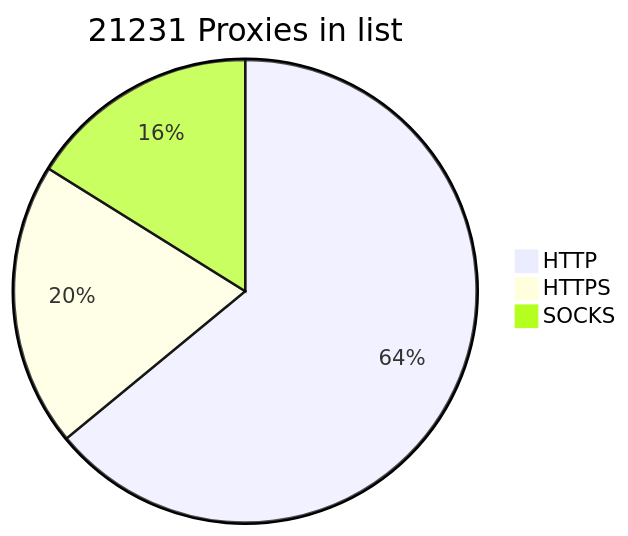
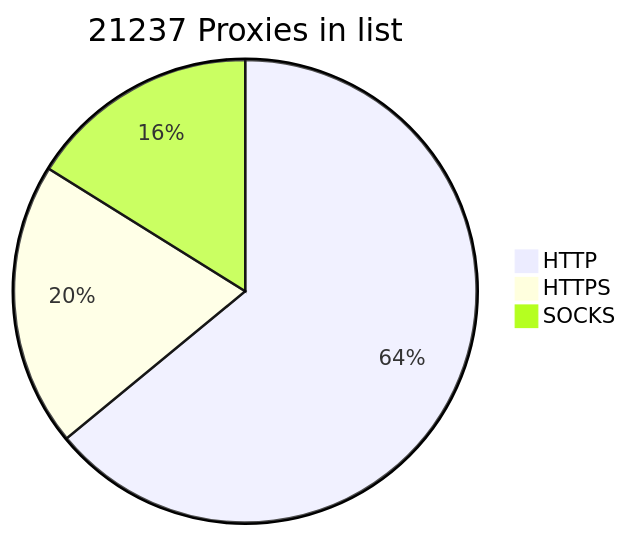
One commit to BlackSnowDot/proxylist-update-every-minute changed the diagram in README.md. Above: the diagram before and after it, drawn with Mermaid.

````diff
--- a/README.md
+++ b/README.md
@@ -2,6 +2,6 @@
 ```mermaid
-pie title 21231 Proxies in list
-    "HTTP" : 15524
-    "HTTPS": 4811
+pie title 21237 Proxies in list
+    "HTTP" : 15528
+    "HTTPS": 4813
     "SOCKS" : 3910
 ```
````
